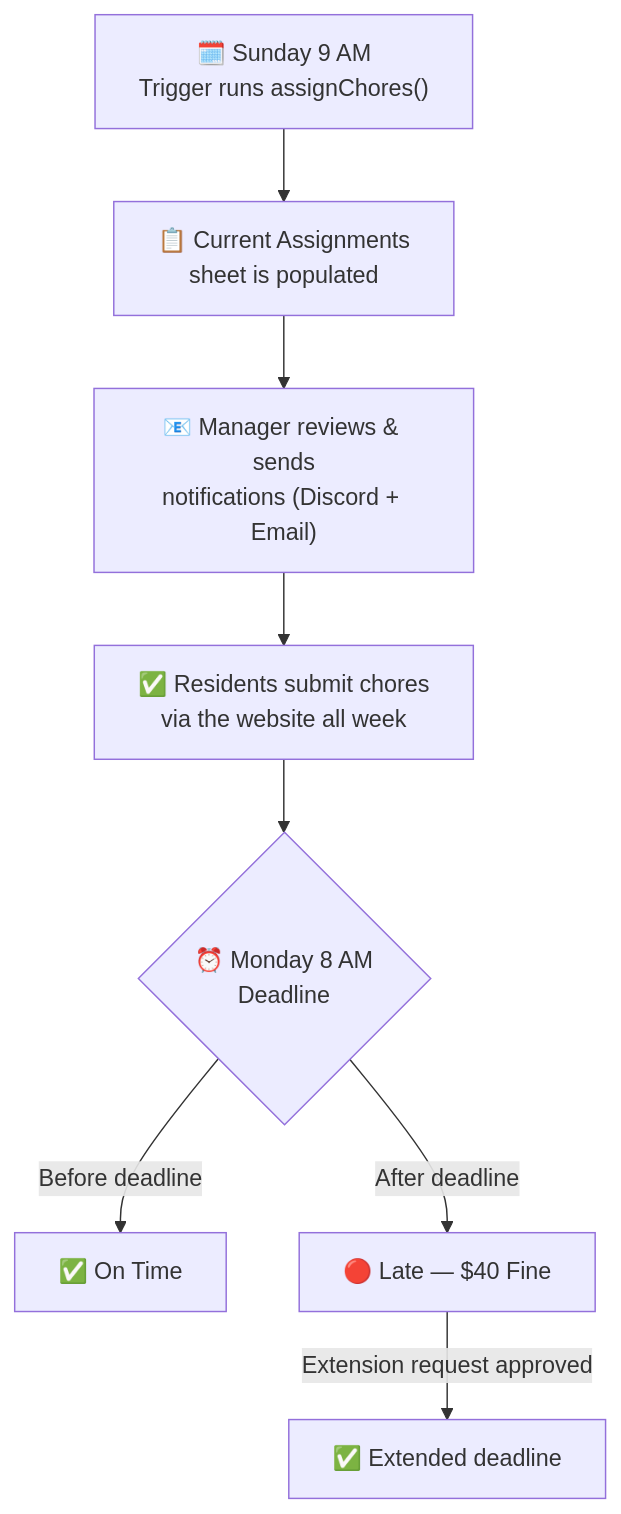
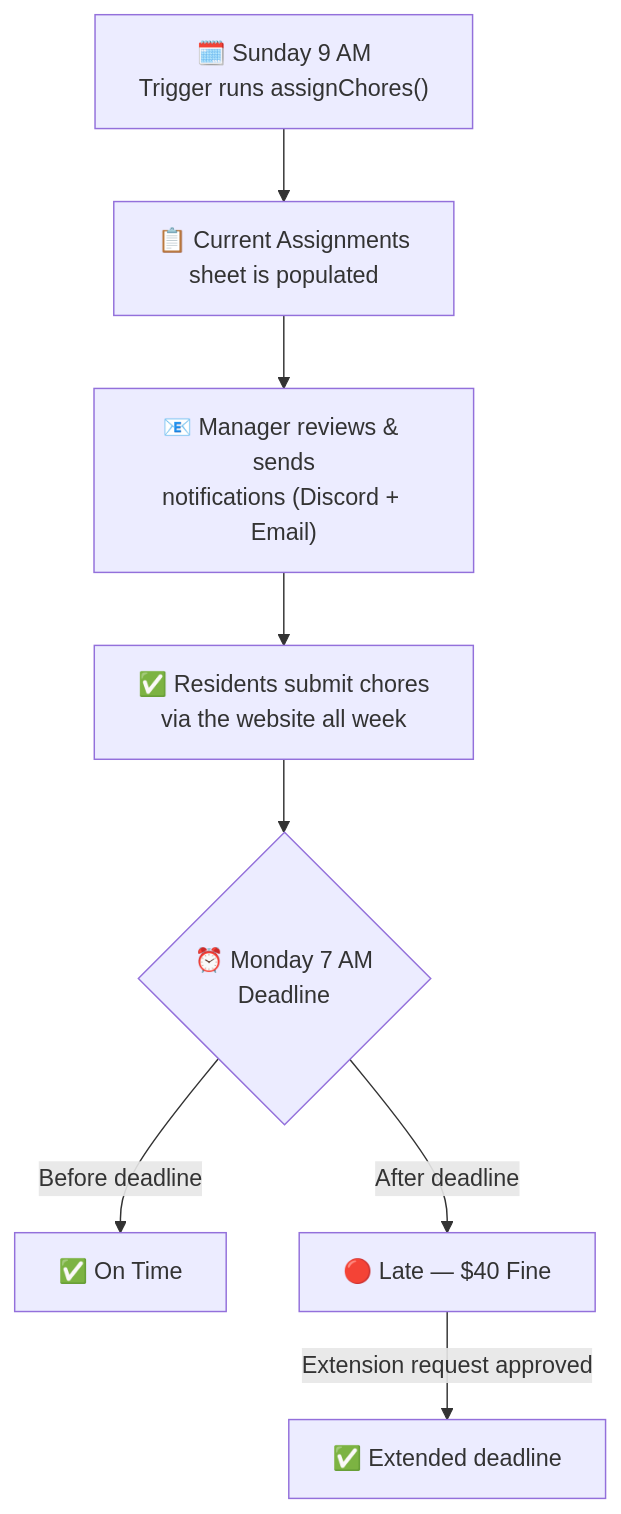
One commit to gaithaca/chores changed the third of 3 diagrams in README.md. Above: the diagram before and after it, drawn with Mermaid. The commit also changed other lines of this file, not shown here.

````diff
--- a/README.md
+++ b/README.md
@@ -291,10 +291,10 @@
 ```mermaid
 graph TD
     A["🗓️ Sunday 9 AM<br>Trigger runs assignChores()"] --> B["📋 Current Assignments<br>sheet is populated"]
     B --> C["📧 Manager reviews & sends<br>notifications (Discord + Email)"]
     C --> D["✅ Residents submit chores<br>via the website all week"]
-    D --> E{"⏰ Monday 8 AM<br>Deadline"}
+    D --> E{"⏰ Monday 7 AM<br>Deadline"}
     E -- "Before deadline" --> F["✅ On Time"]
     E -- "After deadline" --> G["🔴 Late — $40 Fine"]
     G -- "Extension request approved" --> H["✅ Extended deadline"]
 ```
````
